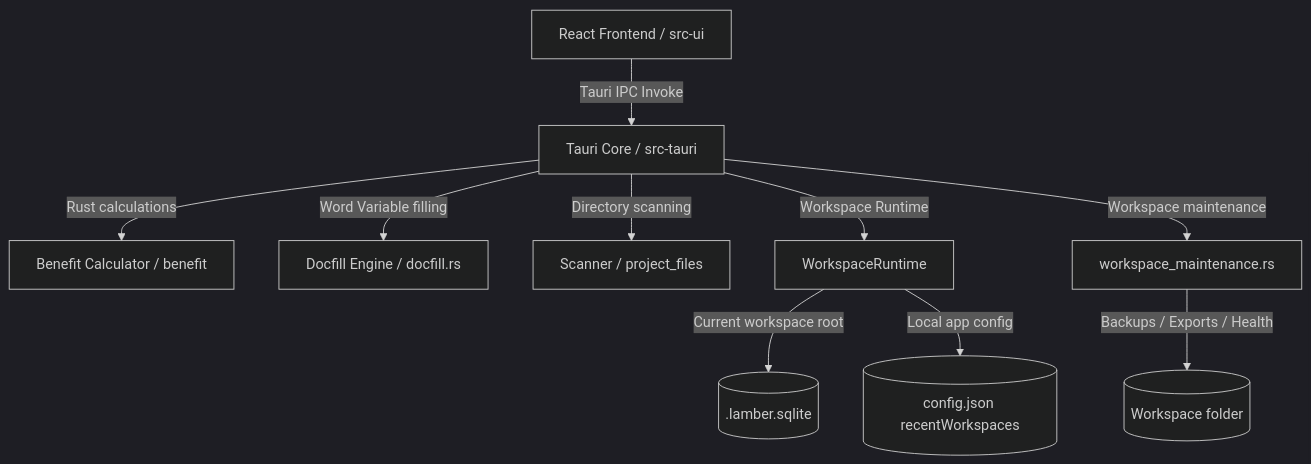
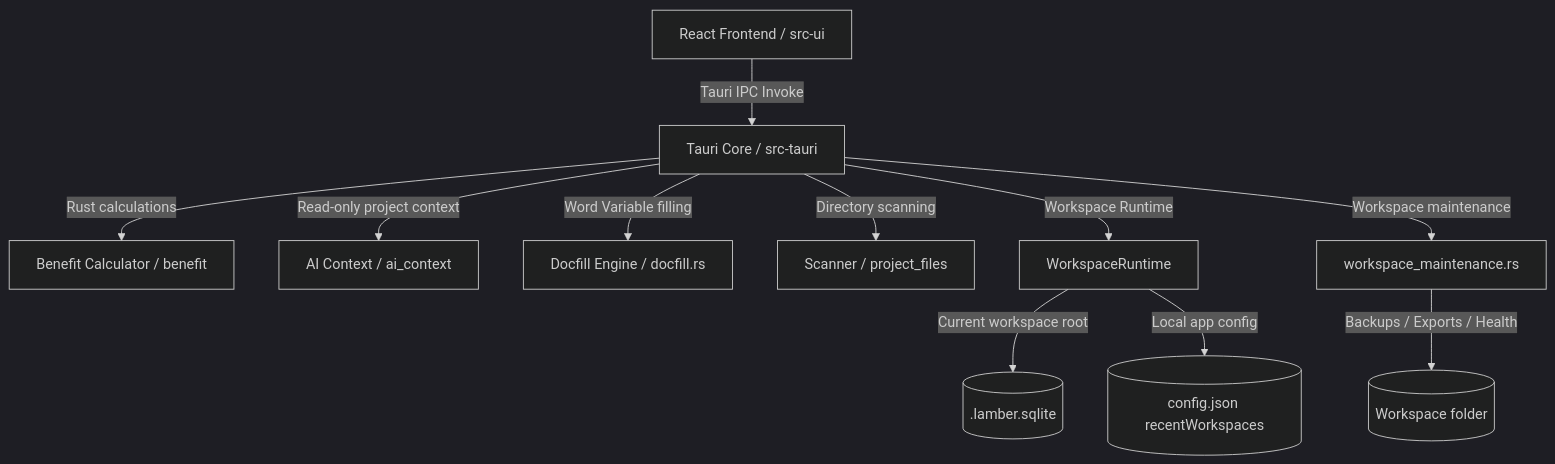
One commit to steven-mountain/lamber changed the diagram in docs/ARCHITECTURE_MAP.md. Above: the diagram before and after it, drawn with Mermaid (dark theme). The commit also changed other lines of this file and 32 other files, not shown here.

Commit message:
feat: implement AI Project Context Service & Routing with Template Detail & Vision Assets

````diff
--- a/docs/ARCHITECTURE_MAP.md
+++ b/docs/ARCHITECTURE_MAP.md
@@ -9,12 +9,13 @@
 ```mermaid
 graph TD
     UI[React Frontend / src-ui] -->|Tauri IPC Invoke| Tauri[Tauri Core / src-tauri]
     Tauri -->|Rust calculations| Calc[Benefit Calculator / benefit]
+    Tauri -->|Read-only project context| AIC[AI Context / ai_context]
     Tauri -->|Word Variable filling| Doc[Docfill Engine / docfill.rs]
     Tauri -->|Directory scanning| Scan[Scanner / project_files]
     Tauri -->|Workspace Runtime| WS[WorkspaceRuntime]
     Tauri -->|Workspace maintenance| WM[workspace_maintenance.rs]
     WS -->|Current workspace root| DB[(.lamber.sqlite)]
     WS -->|Local app config| CFG[(config.json recentWorkspaces)]
     WM -->|Backups / Exports / Health| WSF[(Workspace folder)]
 ```
````
